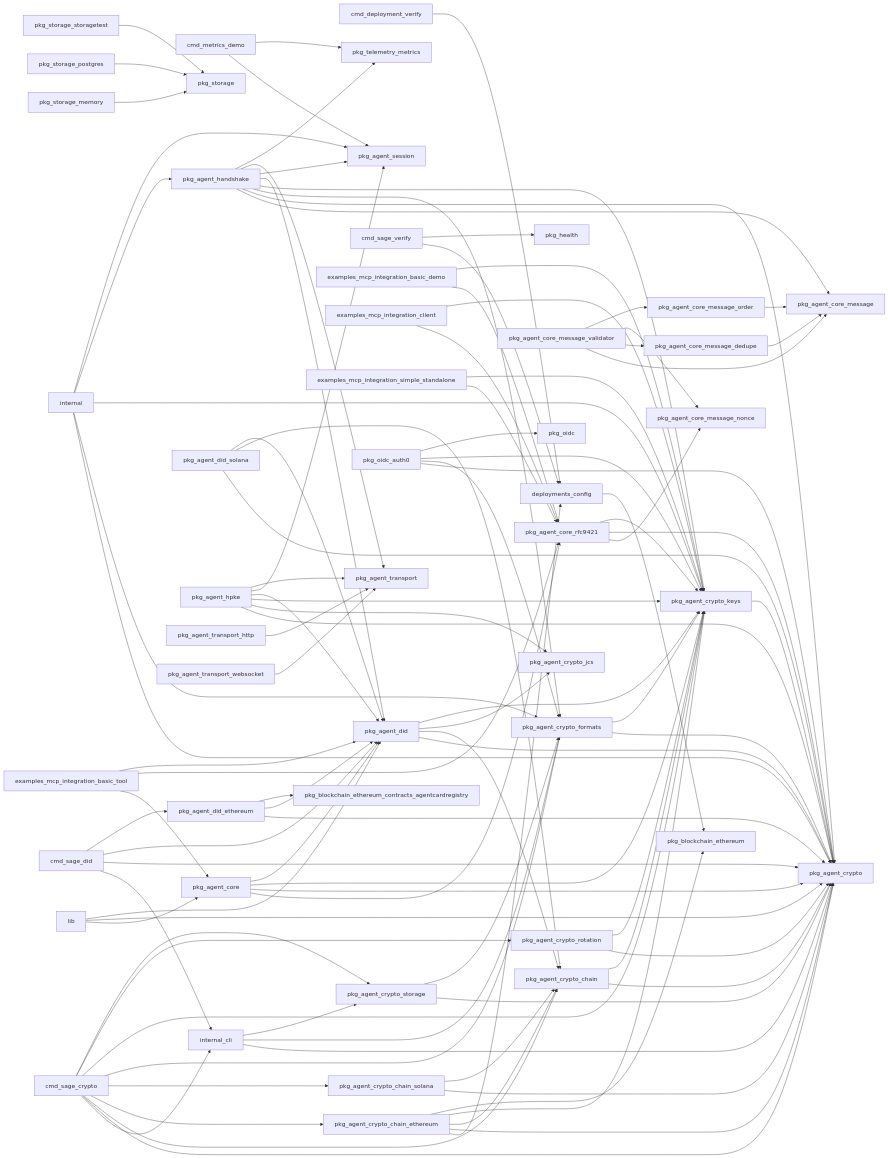
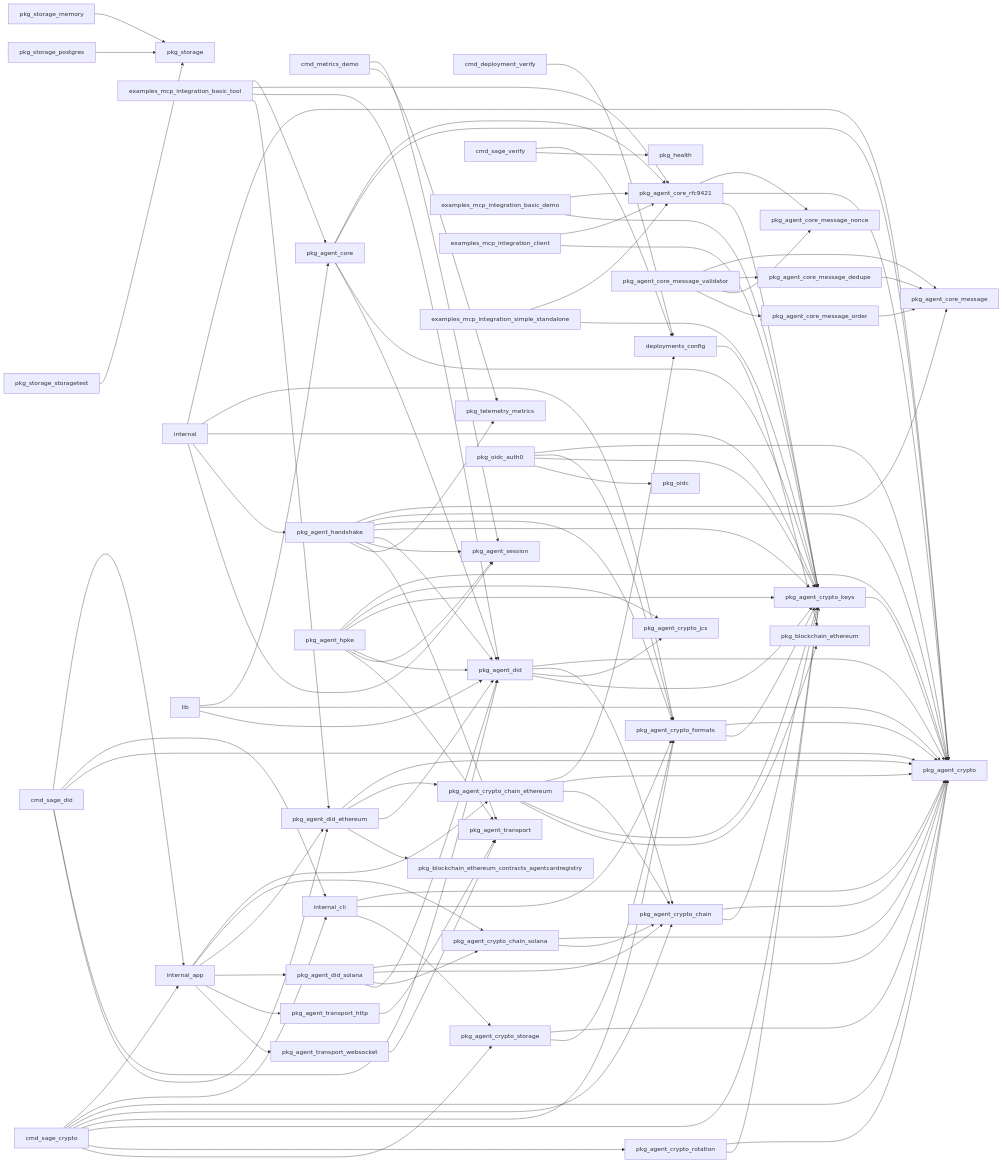
Before and after one commit to SAGE-X-project/sage: the diagram in docs/refactoring/graph/summary.md, drawn with Mermaid. The commit also changed other lines of this file and 28 other files, not shown here.

```diff
--- a/docs/refactoring/graph/summary.md
+++ b/docs/refactoring/graph/summary.md
@@ -87,15 +88,15 @@
   cmd_deployment_verify --> deployments_config
   cmd_metrics_demo --> pkg_agent_session
   cmd_metrics_demo --> pkg_telemetry_metrics
+  cmd_sage_crypto --> internal_app
   cmd_sage_crypto --> internal_cli
   cmd_sage_crypto --> pkg_agent_crypto
   cmd_sage_crypto --> pkg_agent_crypto_chain
-  cmd_sage_crypto --> pkg_agent_crypto_chain_ethereum
-  cmd_sage_crypto --> pkg_agent_crypto_chain_solana
   cmd_sage_crypto --> pkg_agent_crypto_formats
   cmd_sage_crypto --> pkg_agent_crypto_keys
   cmd_sage_crypto --> pkg_agent_crypto_rotation
   cmd_sage_crypto --> pkg_agent_crypto_storage
+  cmd_sage_did --> internal_app
   cmd_sage_did --> internal_cli
   cmd_sage_did --> pkg_agent_crypto
   cmd_sage_did --> pkg_agent_did
@@ -108,6 +109,7 @@
   examples_mcp_integration_basic_tool --> pkg_agent_core
   examples_mcp_integration_basic_tool --> pkg_agent_core_rfc9421
   examples_mcp_integration_basic_tool --> pkg_agent_did
+  examples_mcp_integration_basic_tool --> pkg_agent_did_ethereum
   examples_mcp_integration_client --> pkg_agent_core_rfc9421
   examples_mcp_integration_client --> pkg_agent_crypto_keys
   examples_mcp_integration_simple_standalone --> pkg_agent_core_rfc9421
@@ -117,6 +119,12 @@
   internal --> pkg_agent_crypto_keys
   internal --> pkg_agent_handshake
   internal --> pkg_agent_session
+  internal_app --> pkg_agent_crypto_chain_ethereum
+  internal_app --> pkg_agent_crypto_chain_solana
+  internal_app --> pkg_agent_did_ethereum
+  internal_app --> pkg_agent_did_solana
+  internal_app --> pkg_agent_transport_http
+  internal_app --> pkg_agent_transport_websocket
   internal_cli --> pkg_agent_crypto
   internal_cli --> pkg_agent_crypto_formats
   internal_cli --> pkg_agent_crypto_storage
@@ -157,10 +165,12 @@
   pkg_agent_did --> pkg_agent_crypto_jcs
   pkg_agent_did --> pkg_agent_crypto_keys
   pkg_agent_did_ethereum --> pkg_agent_crypto
+  pkg_agent_did_ethereum --> pkg_agent_crypto_chain_ethereum
   pkg_agent_did_ethereum --> pkg_agent_did
   pkg_agent_did_ethereum --> pkg_blockchain_ethereum_contracts_agentcardregistry
   pkg_agent_did_solana --> pkg_agent_crypto
   pkg_agent_did_solana --> pkg_agent_crypto_chain
+  pkg_agent_did_solana --> pkg_agent_crypto_chain_solana
   pkg_agent_did_solana --> pkg_agent_did
   pkg_agent_handshake --> pkg_agent_core_message
   pkg_agent_handshake --> pkg_agent_crypto
```
